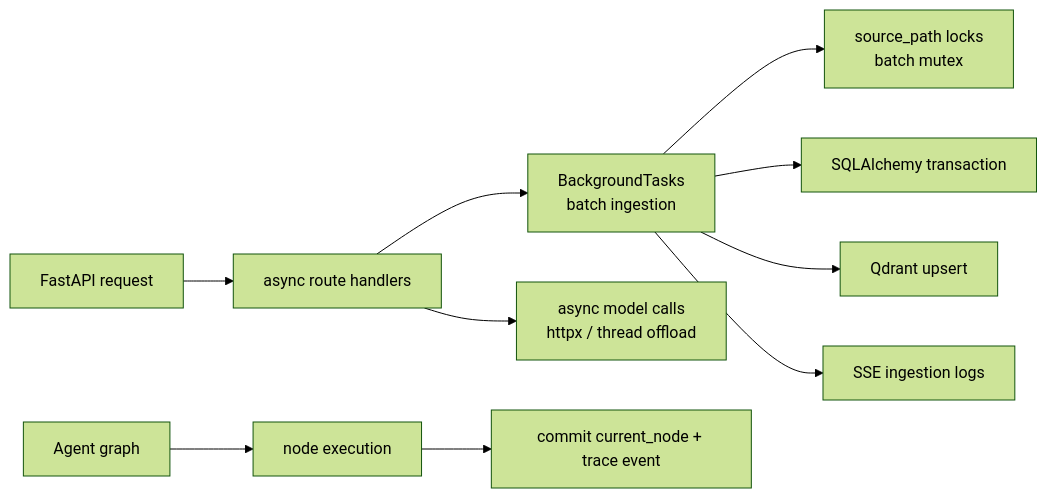
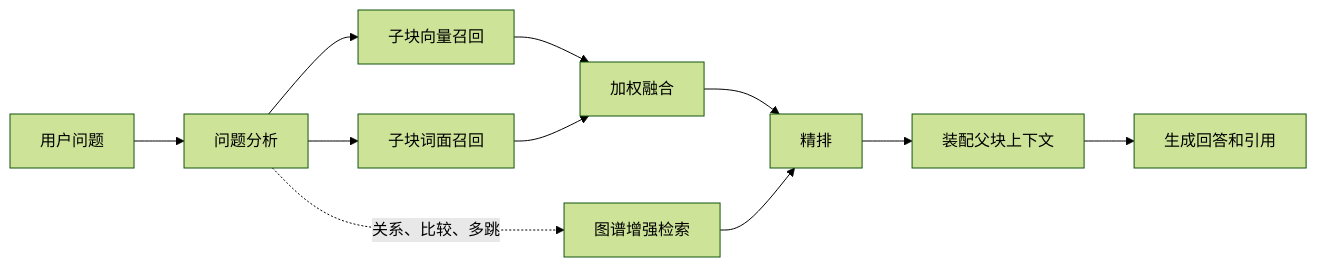
Before and after one commit to Sggggt/DialoGraph: the fifth of 5 diagrams in README.md, drawn with Mermaid (forest theme). The commit also changed other lines of this file and 44 other files, not shown here.

````diff
--- a/README.md
+++ b/README.md
@@ -110,12 +246,13 @@
 ```mermaid
 flowchart LR
-    REQ["FastAPI request"] --> ASYNC["async route handlers"]
-    ASYNC --> BG["BackgroundTasks<br/>batch ingestion"]
-    ASYNC --> LLM["async model calls<br/>httpx / thread offload"]
-    BG --> LOCKS["source_path locks<br/>batch mutex"]
-    BG --> DBTX["SQLAlchemy transaction"]
-    BG --> VECTOR["Qdrant upsert"]
-    BG --> LOGS["SSE ingestion logs"]
-    AGENT["Agent graph"] --> NODE["node execution"]
-    NODE --> TRACE["commit current_node + trace event"]
+    Q["用户问题"] --> ANALYZE["问题分析"]
+    ANALYZE --> DENSE["子块向量召回"]
+    ANALYZE --> LEXICAL["子块词面召回"]
+    DENSE --> FUSION["加权融合"]
+    LEXICAL --> FUSION
+    FUSION --> RERANK["精排"]
+    RERANK --> CONTEXT["装配父块上下文"]
+    CONTEXT --> ANSWER["生成回答和引用"]
+    ANALYZE -. "关系、比较、多跳" .-> GRAPH["图谱增强检索"]
+    GRAPH --> RERANK
 ```
````
